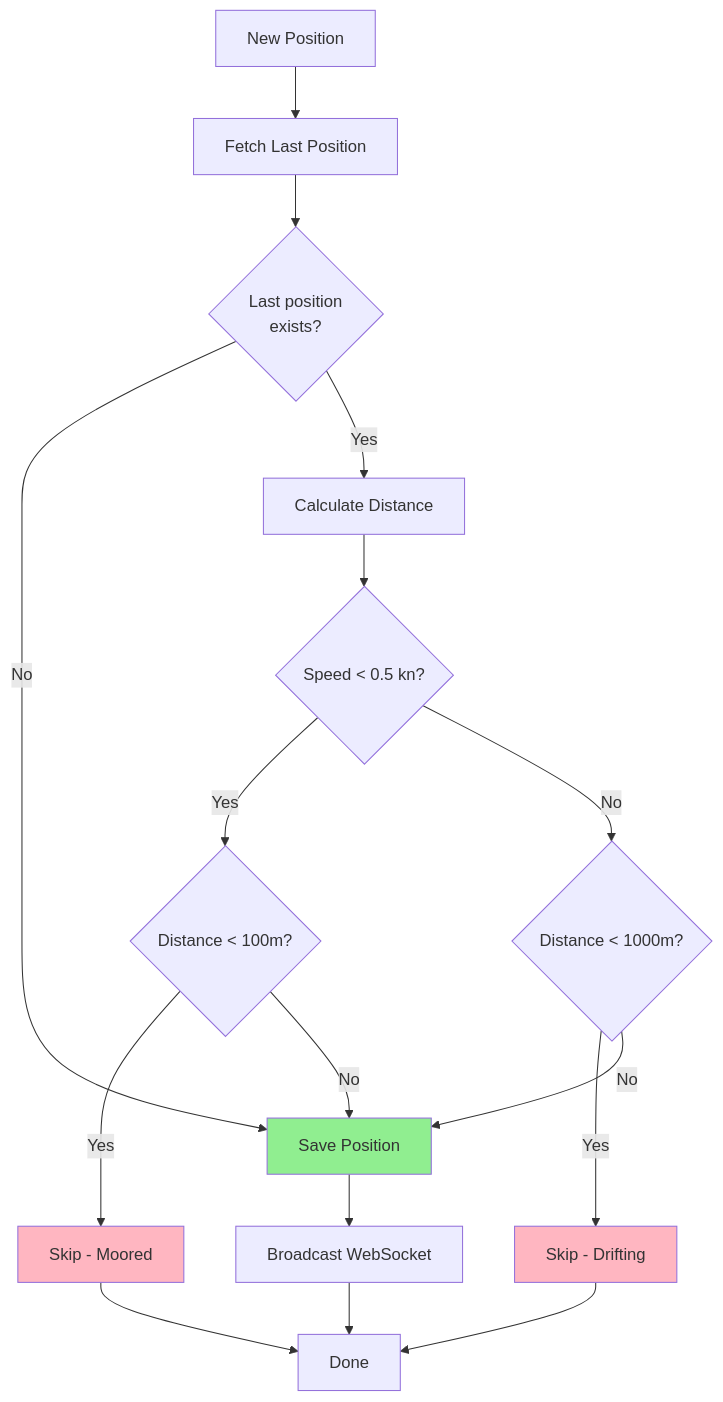
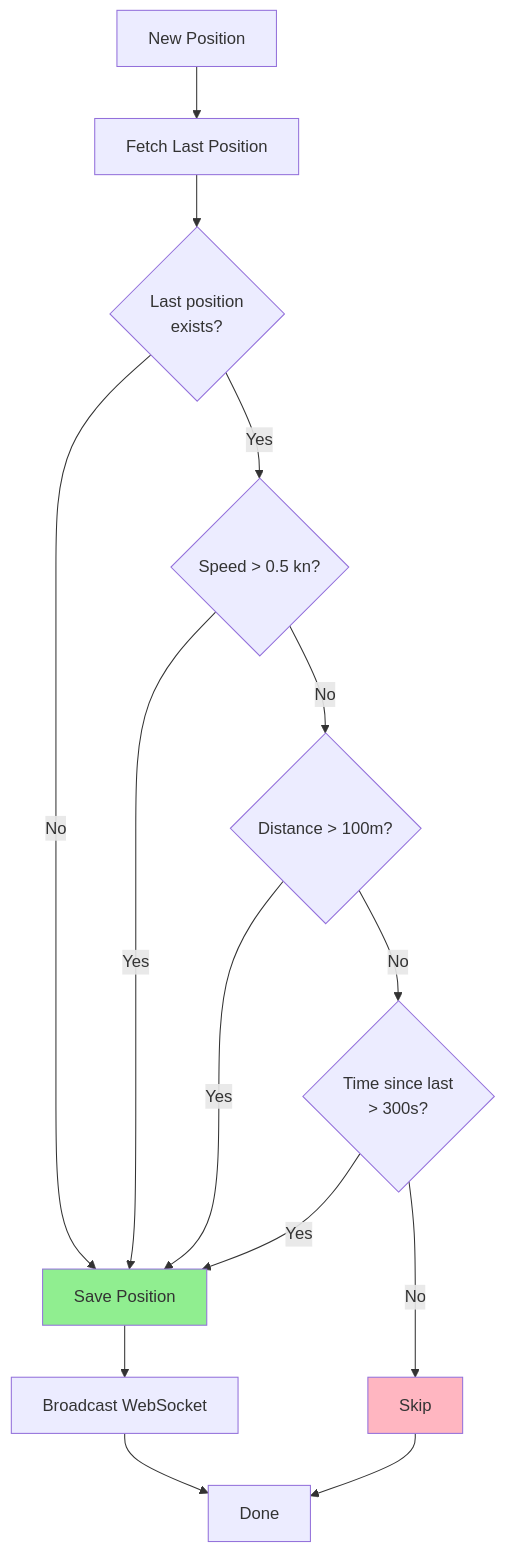
Before and after one commit to jomcgi/homelab: the third of 3 diagrams in projects/ships/backend/README.md, drawn with Mermaid. The commit also changed other lines of this file, not shown here.

````diff
--- a/projects/ships/backend/README.md
+++ b/projects/ships/backend/README.md
@@ -61,22 +61,19 @@
 ```mermaid
 flowchart TD
     START[New Position] --> FETCH[Fetch Last Position]
     FETCH --> CHECK{Last position<br/>exists?}
     CHECK -->|No| SAVE[Save Position]
-    CHECK -->|Yes| DIST[Calculate Distance]
-    DIST --> SPEED{Speed < 0.5 kn?}
-    SPEED -->|Yes| MOORED{Distance < 100m?}
-    SPEED -->|No| MOVING{Distance < 1000m?}
-    MOORED -->|Yes| SKIP[Skip - Moored]
-    MOORED -->|No| SAVE
-    MOVING -->|Yes| SKIP2[Skip - Drifting]
-    MOVING -->|No| SAVE
+    CHECK -->|Yes| SPEED{Speed > 0.5 kn?}
+    SPEED -->|Yes| SAVE
+    SPEED -->|No| DIST{Distance > 100m?}
+    DIST -->|Yes| SAVE
+    DIST -->|No| TIME{Time since last<br/>> 300s?}
+    TIME -->|Yes| SAVE
+    TIME -->|No| SKIP[Skip]
     SAVE --> BROADCAST[Broadcast WebSocket]
     SKIP --> END[Done]
-    SKIP2 --> END
     BROADCAST --> END
 
     style SKIP fill:#FFB6C1
-    style SKIP2 fill:#FFB6C1
     style SAVE fill:#90EE90
 ```
````
